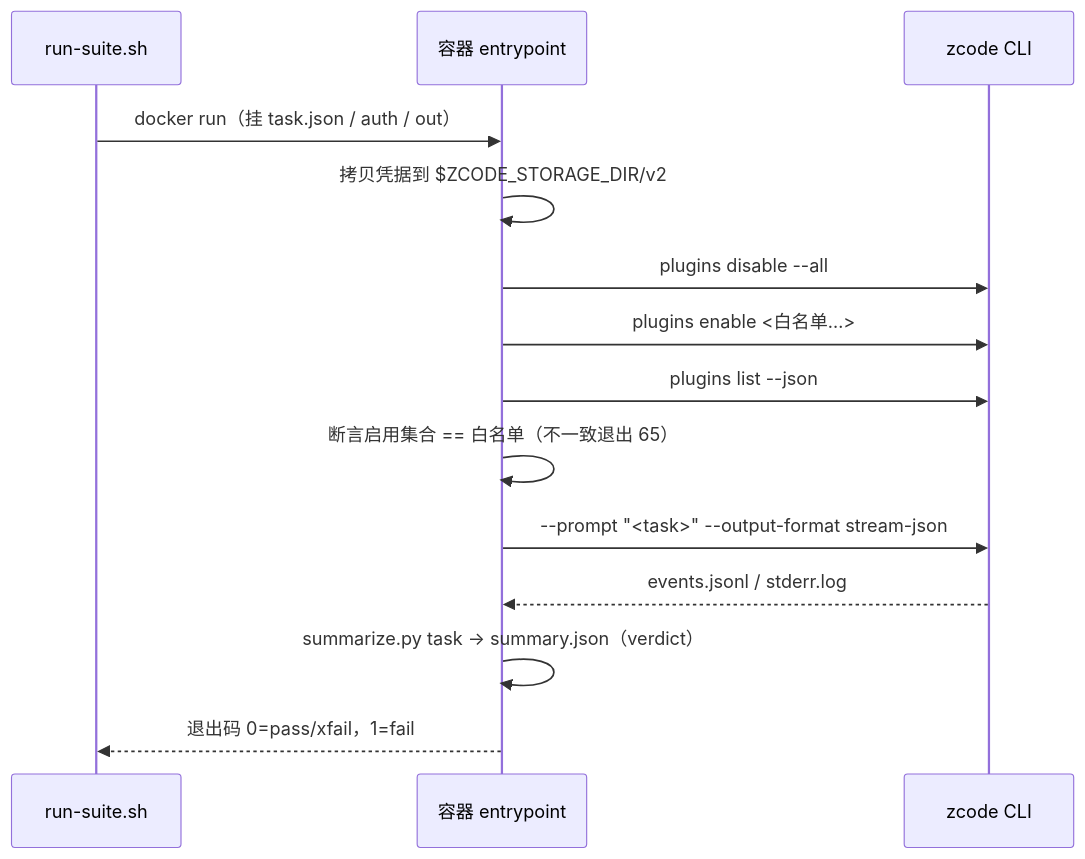
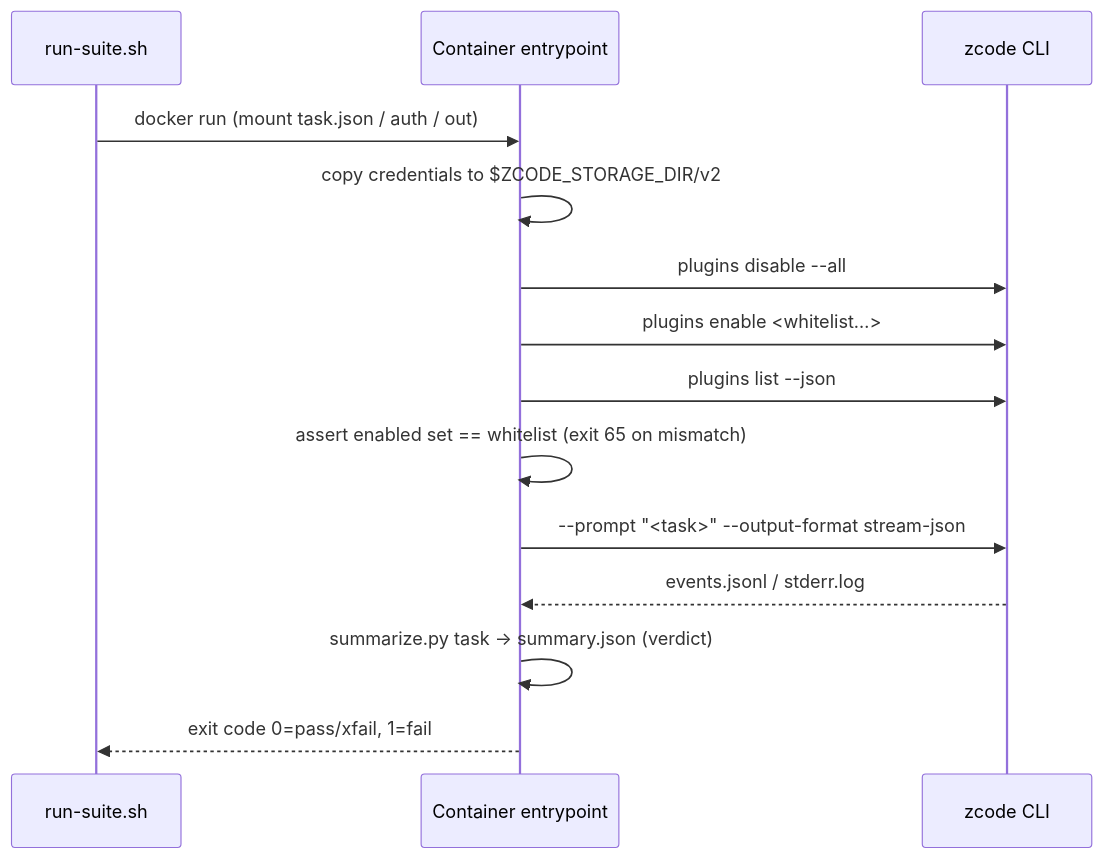
The second of 2 diagrams in docs/plugin-eval-docker.md (osben/ZCode), drawn with Mermaid before and after one commit. The commit also changed other lines of this file and 14 other files, not shown here.

````diff
--- a/docs/plugin-eval-docker.md
+++ b/docs/plugin-eval-docker.md
@@ -141,16 +130,16 @@
 ```mermaid
 sequenceDiagram
   participant R as run-suite.sh
-  participant C as 容器 entrypoint
+  participant C as Container entrypoint
   participant Z as zcode CLI
-  R->>C: docker run（挂 task.json / auth / out）
-  C->>C: 拷贝凭据到 $ZCODE_STORAGE_DIR/v2
+  R->>C: docker run (mount task.json / auth / out)
+  C->>C: copy credentials to $ZCODE_STORAGE_DIR/v2
   C->>Z: plugins disable --all
-  C->>Z: plugins enable <白名单…>
+  C->>Z: plugins enable <whitelist…>
   C->>Z: plugins list --json
-  C->>C: 断言启用集合 == 白名单（不一致退出 65）
+  C->>C: assert enabled set == whitelist (exit 65 on mismatch)
   C->>Z: --prompt "<task>" --output-format stream-json
   Z-->>C: events.jsonl / stderr.log
-  C->>C: summarize.py task → summary.json（verdict）
-  C-->>R: 退出码 0=pass/xfail，1=fail
+  C->>C: summarize.py task → summary.json (verdict)
+  C-->>R: exit code 0=pass/xfail, 1=fail
 ```
````
